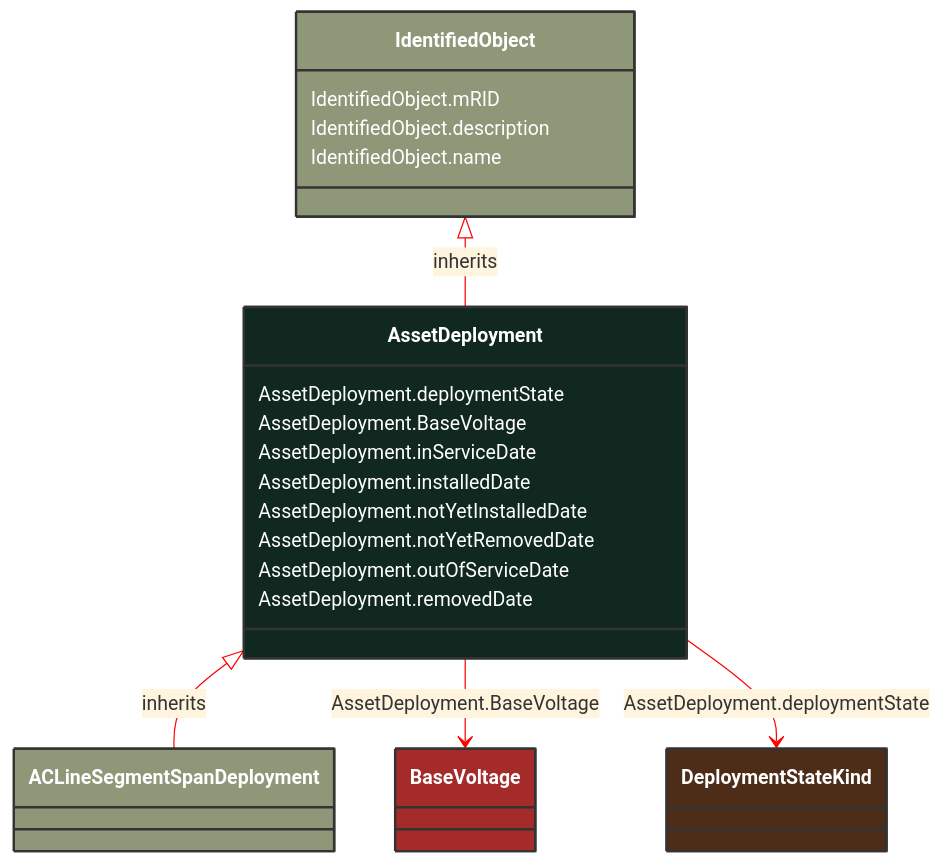
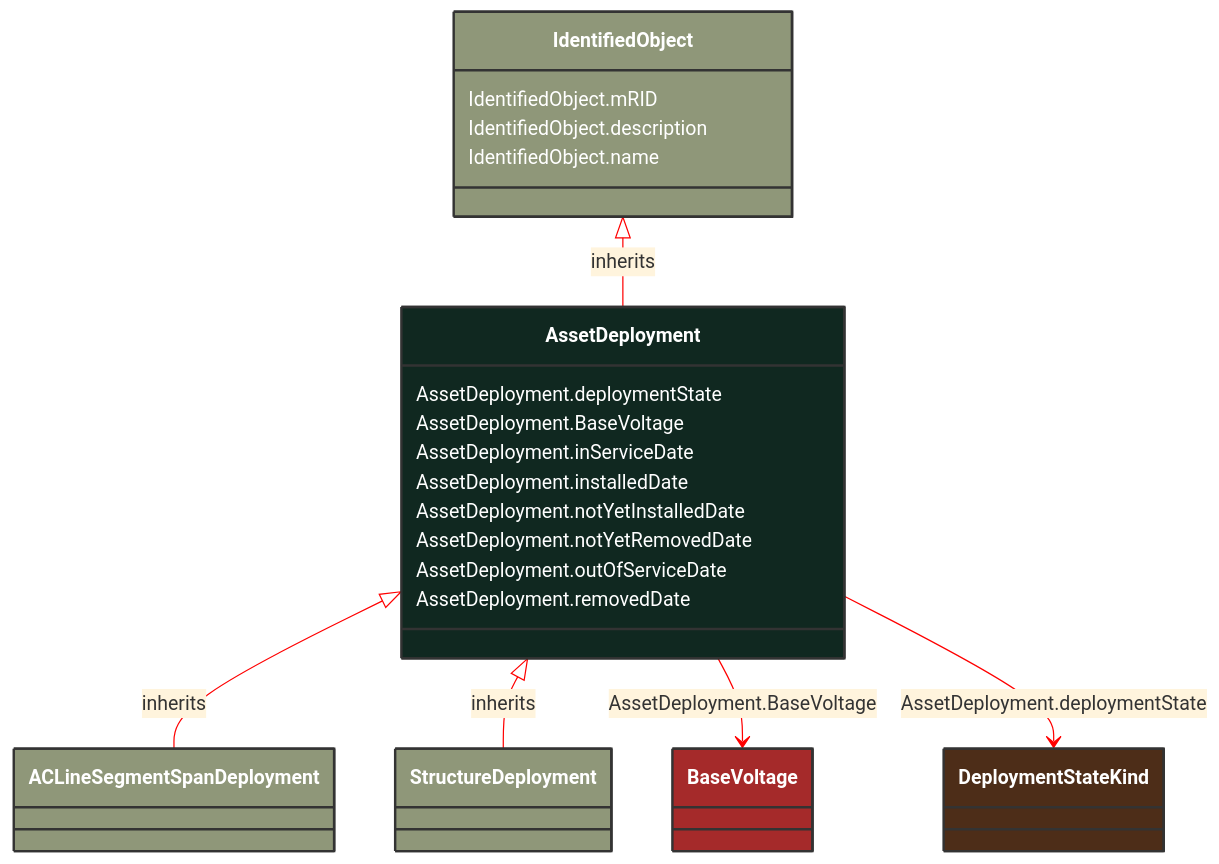
The diagram in docs/Models/Profiles/AviationObstacle/ConcreteClasses/AssetDeployment.md (3lbits/NoCIMExtensions), drawn with Mermaid before and after one commit. The commit also changed 63 other files, not shown here.

````diff
--- a/docs/Models/Profiles/AviationObstacle/ConcreteClasses/AssetDeployment.md
+++ b/docs/Models/Profiles/AviationObstacle/ConcreteClasses/AssetDeployment.md
@@ -8,41 +8,47 @@
 ```mermaid
 %%{init: {'theme':'base','themeVariables': {'lineColor': '#FF0000'}}}%%
 classDiagram
     class AssetDeployment
     click AssetDeployment href "/Models/Profiles/AviationObstacle/ConcreteClasses/AssetDeployment/"
     style AssetDeployment fill:#102820,stroke:#333,stroke-width:2px,rx:10,ry:10,color:white
 
         AssetDeployment <|-- ACLineSegmentSpanDeployment : inherits
 
         ACLineSegmentSpanDeployment
             click ACLineSegmentSpanDeployment href "/Models/Profiles/AviationObstacle/ConcreteClasses/ACLineSegmentSpanDeployment/"
             style ACLineSegmentSpanDeployment fill:#8F9779,stroke:#333,stroke-width:2px,rx:10,ry:10,color:white
+
+        AssetDeployment <|-- StructureDeployment : inherits
+
+        StructureDeployment
+            click StructureDeployment href "/Models/Profiles/AviationObstacle/ConcreteClasses/StructureDeployment/"
+            style StructureDeployment fill:#8F9779,stroke:#333,stroke-width:2px,rx:10,ry:10,color:white
      
         IdentifiedObject <|-- AssetDeployment : inherits
             click IdentifiedObject href "/Models/Profiles/AviationObstacle/AbstractClasses/IdentifiedObject/"
             style IdentifiedObject fill:#8F9779,stroke:#333,stroke-width:2px,rx:10,ry:10,color:white
 
         AssetDeployment --> BaseVoltage : AssetDeployment.BaseVoltage
 
         BaseVoltage
             click BaseVoltage href "/Models/Profiles/AviationObstacle/ConcreteClasses/BaseVoltage/"
             style BaseVoltage fill:#A52A2A,stroke:#333,stroke-width:2px,rx:10,ry:10,color:white
 
         AssetDeployment --> DeploymentStateKind : AssetDeployment.deploymentState
 
         DeploymentStateKind
             click DeploymentStateKind href "/Models/Profiles/AviationObstacle/Enumerations/DeploymentStateKind/"
             style DeploymentStateKind fill:#4D2D18,stroke:#333,stroke-width:2px,rx:10,ry:10,color:white
 
         AssetDeployment : AssetDeployment.deploymentState
         AssetDeployment : AssetDeployment.BaseVoltage
         AssetDeployment : AssetDeployment.inServiceDate
         AssetDeployment : AssetDeployment.installedDate
         AssetDeployment : AssetDeployment.notYetInstalledDate
         AssetDeployment : AssetDeployment.notYetRemovedDate
         AssetDeployment : AssetDeployment.outOfServiceDate
         AssetDeployment : AssetDeployment.removedDate
         IdentifiedObject : IdentifiedObject.mRID
         IdentifiedObject : IdentifiedObject.description
         IdentifiedObject : IdentifiedObject.name
 ```
````
